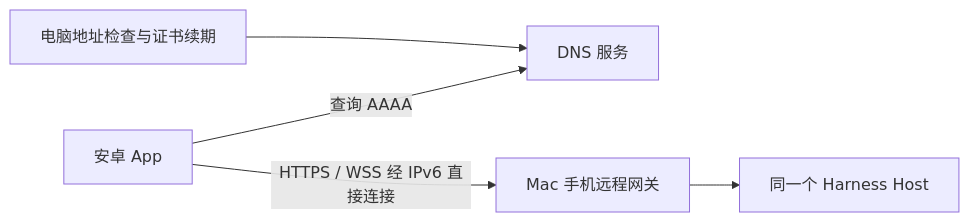
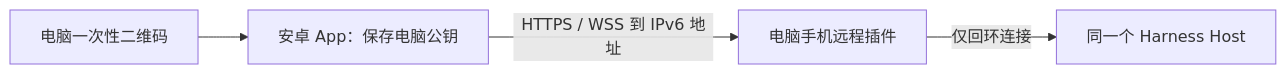
Before and after one commit to y38501148-max/dsh-mobile-remote: the diagram in docs/android-client-design.md, drawn with Mermaid. The commit also changed other lines of this file and 16 other files, not shown here.

````diff
--- a/docs/android-client-design.md
+++ b/docs/android-client-design.md
@@ -27,7 +11,6 @@
 ```mermaid
 flowchart LR
-    A[安卓 App] -->|查询 AAAA| D[DNS 服务]
-    A -->|HTTPS / WSS 经 IPv6 直接连接| G[Mac 手机远程网关]
-    G --> H[同一个 Harness Host]
-    U[电脑地址检查与证书续期] --> D
+    A[安卓 App：保存电脑公钥] -->|HTTPS / WSS 到 IPv6 地址| G[电脑手机远程插件]
+    G -->|仅回环连接| H[同一个 Harness Host]
+    Q[电脑一次性二维码] --> A
 ```
````
